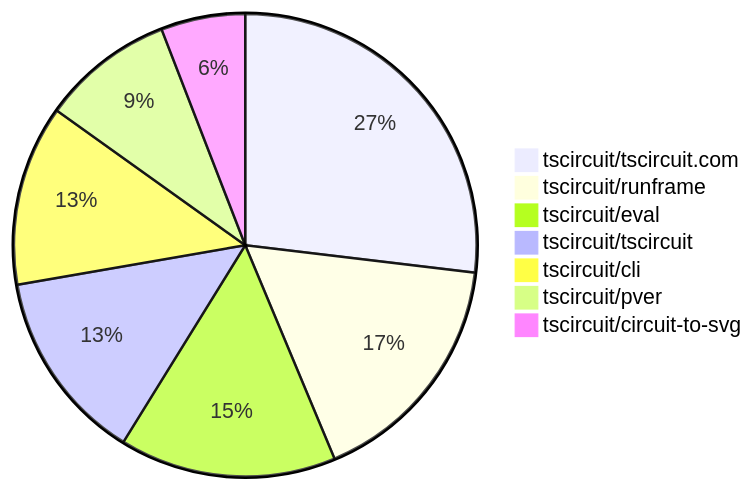
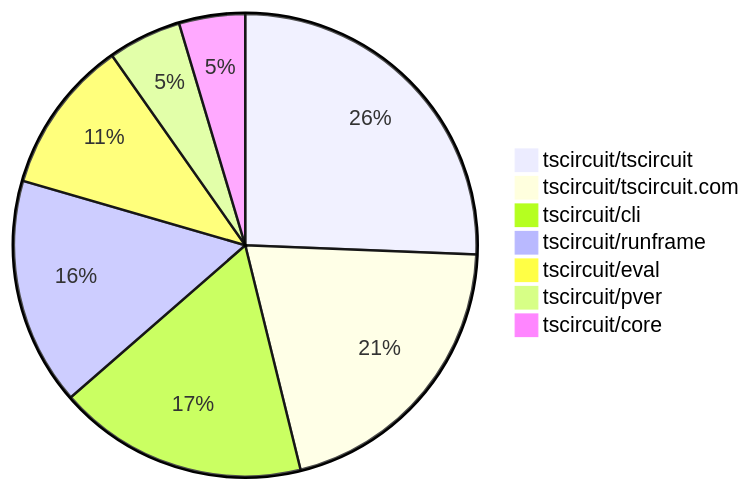
One commit to tscircuit/contribution-tracker changed the second of 2 diagrams in README.md. Above: the diagram before and after it, drawn with Mermaid. The commit also changed other lines of this file and 3 other files, not shown here.

````diff
--- a/README.md
+++ b/README.md
@@ -116,10 +121,10 @@
 ```mermaid
 pie
-    "tscircuit/tscircuit.com" : 32
-    "tscircuit/runframe" : 20
-    "tscircuit/eval" : 18
-    "tscircuit/tscircuit" : 16
-    "tscircuit/cli" : 15
-    "tscircuit/pver" : 11
-    "tscircuit/circuit-to-svg" : 7
+    "tscircuit/tscircuit" : 50
+    "tscircuit/tscircuit.com" : 40
+    "tscircuit/cli" : 34
+    "tscircuit/runframe" : 31
+    "tscircuit/eval" : 21
+    "tscircuit/pver" : 10
+    "tscircuit/core" : 9
 ```
````
